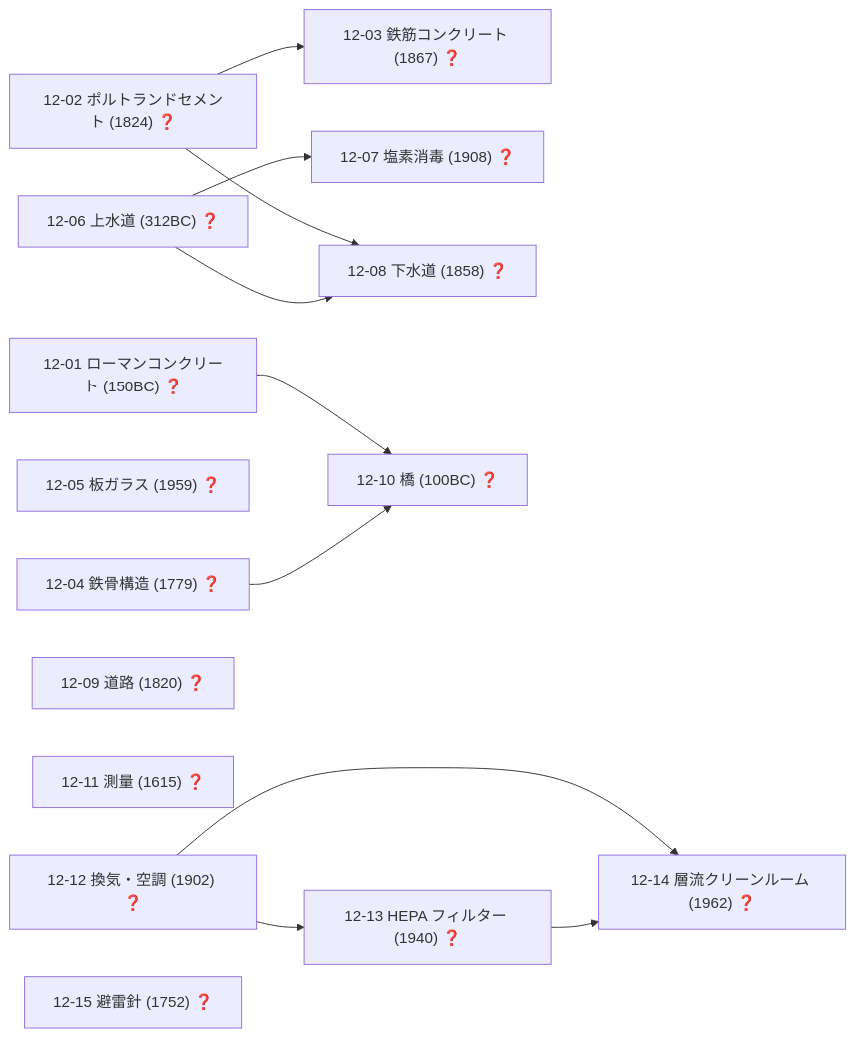
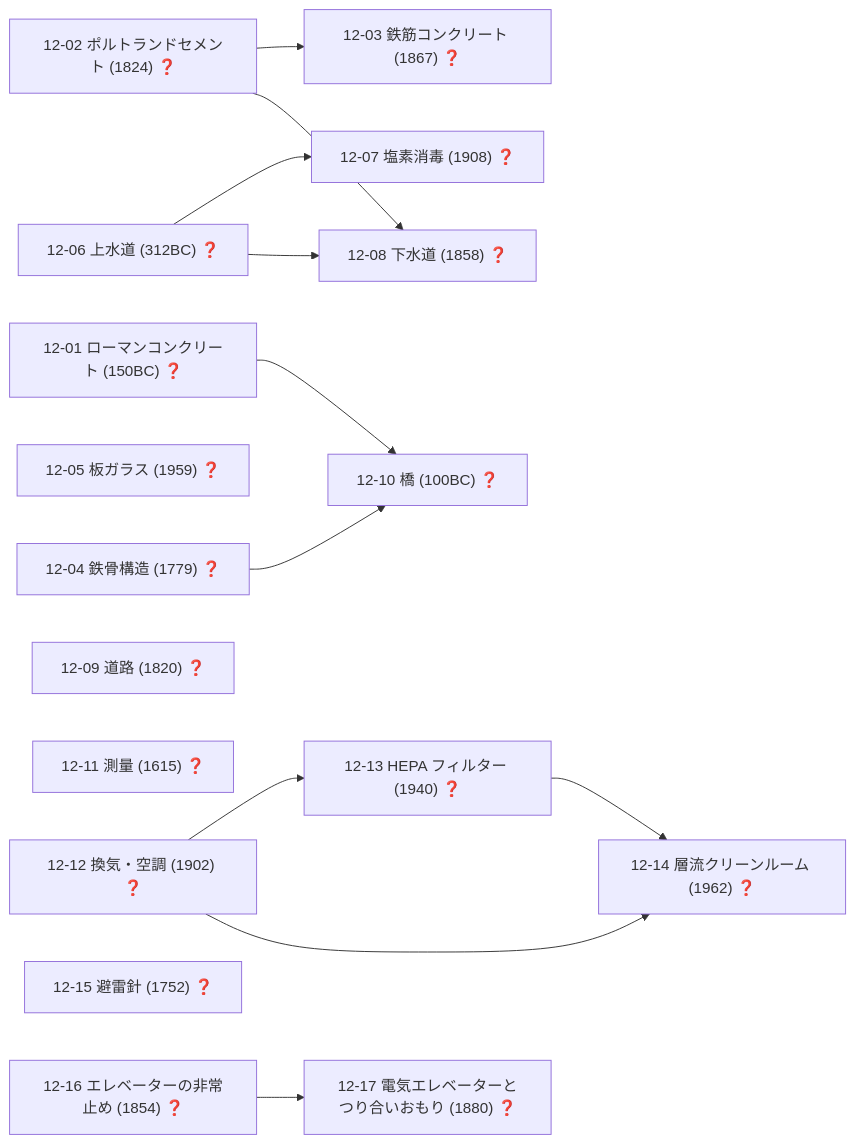
Diagram 15 of 19 in docs/TECH_TREE_VIEW.md (taku3i0317-collab/semiconductor-lab), drawn with Mermaid before and after one commit. The commit also changed other lines of this file and 16 other files, not shown here.

````diff
--- a/docs/TECH_TREE_VIEW.md
+++ b/docs/TECH_TREE_VIEW.md
@@ -789,27 +813,30 @@
 ```mermaid
 graph LR
   n12_01["12-01 ローマンコンクリート (150BC) ❓"]
   n12_02["12-02 ポルトランドセメント (1824) ❓"]
   n12_03["12-03 鉄筋コンクリート (1867) ❓"]
   n12_04["12-04 鉄骨構造 (1779) ❓"]
   n12_05["12-05 板ガラス (1959) ❓"]
   n12_06["12-06 上水道 (312BC) ❓"]
   n12_07["12-07 塩素消毒 (1908) ❓"]
   n12_08["12-08 下水道 (1858) ❓"]
   n12_09["12-09 道路 (1820) ❓"]
   n12_10["12-10 橋 (100BC) ❓"]
   n12_11["12-11 測量 (1615) ❓"]
   n12_12["12-12 換気・空調 (1902) ❓"]
   n12_13["12-13 HEPA フィルター (1940) ❓"]
   n12_14["12-14 層流クリーンルーム (1962) ❓"]
   n12_15["12-15 避雷針 (1752) ❓"]
+  n12_16["12-16 エレベーターの非常止め (1854) ❓"]
+  n12_17["12-17 電気エレベーターとつり合いおもり (1880) ❓"]
   n12_02-->n12_03
   n12_06-->n12_07
   n12_02-->n12_08
   n12_06-->n12_08
   n12_01-->n12_10
   n12_04-->n12_10
   n12_12-->n12_13
   n12_12-->n12_14
   n12_13-->n12_14
+  n12_16-->n12_17
 ```
````
